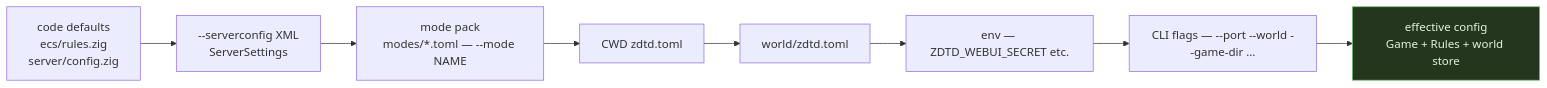
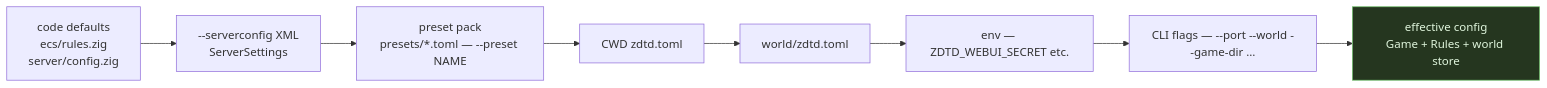
Before and after one commit to hordeforge/zdtd-server: diagram 16 of 19 in docs/ARCHITECTURE.md, drawn with Mermaid. The commit also changed other lines of this file and 32 other files, not shown here.

````diff
--- a/docs/ARCHITECTURE.md
+++ b/docs/ARCHITECTURE.md
@@ -604,15 +604,15 @@
 ```mermaid
 flowchart LR
     CODE["code defaults<br/>ecs/rules.zig<br/>server/config.zig"] --> SC
     SC["--serverconfig XML<br/>ServerSettings"] --> MODE
-    MODE["mode pack<br/>modes/*.toml — --mode NAME"] --> CWD
+    MODE["preset pack<br/>presets/*.toml — --preset NAME"] --> CWD
     CWD["CWD zdtd.toml"] --> WORLD_TOML
     WORLD_TOML["world/zdtd.toml"] --> ENV
     ENV["env — ZDTD_WEBUI_SECRET etc."] --> CLI
     CLI["CLI flags — --port --world --game-dir …"] --> EFFECTIVE
 
     EFFECTIVE["effective config<br/>Game + Rules + world store"]
 
     classDef winner fill:#25361f,stroke:#6fbf6a,color:#dff5dc
     class EFFECTIVE winner
 ```
````
